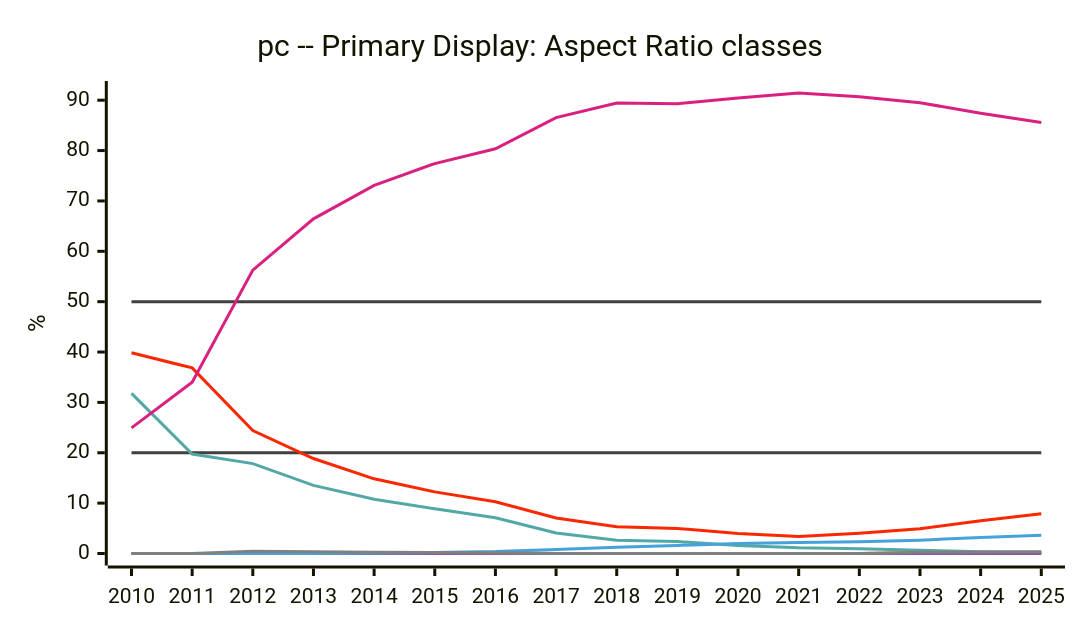
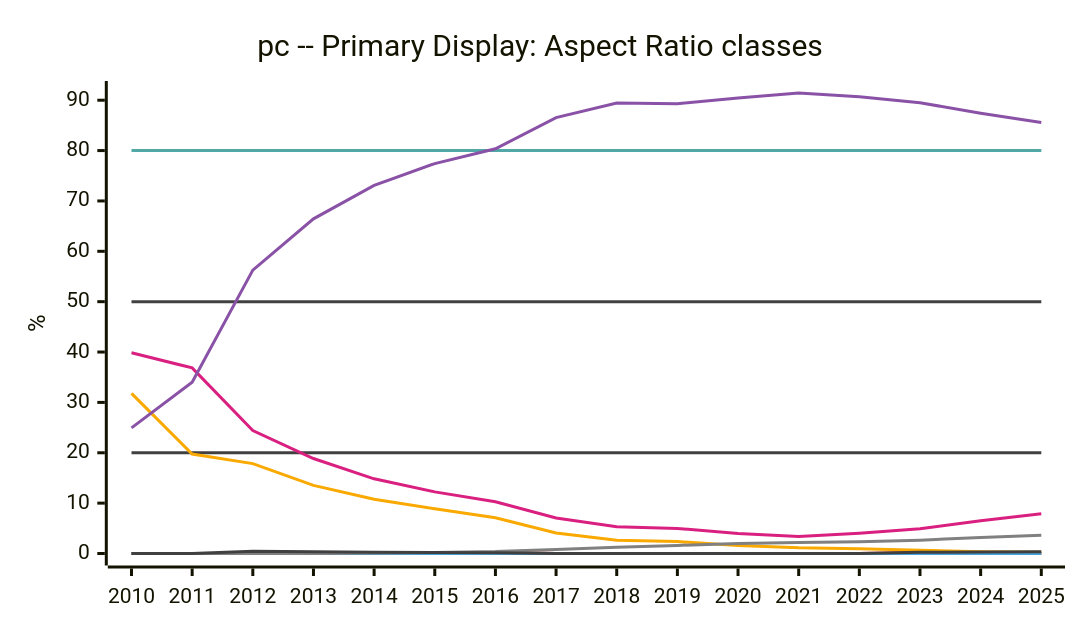
One commit to jdegene/steamHWsurvey changed diagram 20 of 29 in README.md. Above: the diagram before and after it, drawn with Mermaid. The commit also changed other lines of this file and 1 other file, not shown here.

Commit message:
switched VR headset chart to monthly

````diff
--- a/README.md
+++ b/README.md
@@ -645,27 +645,28 @@
 ```mermaid
 ---
 config:
     xyChart:
         width: 700
         height: 400
         
     themeVariables:
         xyChart:
             plotColorPalette: "#404040,#404040,#51a8a6,#f9a900,#f92800,#d92080,#8a52a6,#46a2da,#808080"
 
 --- 
 
     xychart-beta
         title "pc -- Primary Display: Aspect Ratio classes"
         x-axis [2010, 2011, 2012, 2013, 2014, 2015, 2016, 2017, 2018, 2019, 2020, 2021, 2022, 2023, 2024, 2025]
     y-axis "%" 
  line [20, 20, 20, 20, 20, 20, 20, 20, 20, 20, 20, 20, 20, 20, 20, 20]
  line [50, 50, 50, 50, 50, 50, 50, 50, 50, 50, 50, 50, 50, 50, 50, 50]
+ line [80, 80, 80, 80, 80, 80, 80, 80, 80, 80, 80, 80, 80, 80, 80, 80]
     line [31.798333333333336, 19.744, 17.843, 13.519090909090911, 10.771666666666667, 8.876666666666665, 7.089166666666667, 4.084545454545455, 2.6236363636363635, 2.371818181818182, 1.6, 1.1175000000000002, 0.919090909090909, 0.6272727272727273, 0.33666666666666667, 0.25083333333333335]
     line [0, 0, 0.0, 0, 0.051666666666666666, 0.11249999999999999, 0.18000000000000002, 0, 0, 0, 0, 0, 0, 0.21, 0, 0]
     line [39.848333333333336, 36.862, 24.397000000000002, 18.862727272727273, 14.826666666666666, 12.234166666666667, 10.258333333333335, 7.050909090909091, 5.322727272727272, 4.967272727272727, 3.9755555555555557, 3.3575, 4.012727272727273, 4.897272727272727, 6.524166666666666, 7.898333333333333]
     line [24.933333333333334, 34.026, 56.262, 66.44727272727273, 73.08583333333334, 77.42083333333333, 80.36083333333333, 86.53545454545454, 89.43818181818183, 89.29181818181819, 90.43777777777778, 91.4325, 90.68454545454546, 89.4981818181818, 87.42, 85.56333333333333]
     line [0, 0, 0.01, 0.009090909090909092, 0.01, 0.01, 0.01, 0, 0, 0, 0, 0, 0, 0, 0, 0]
     line [0, 0, 0, 0.020999999999999998, 0.08583333333333333, 0.21583333333333332, 0.3741666666666667, 0.8181818181818181, 1.2245454545454544, 1.6063636363636364, 2.01, 2.205, 2.3290909090909087, 2.6509090909090913, 3.1774999999999998, 3.605833333333333]
     line [0, 0, 0.45222222222222225, 0.3336363636363636, 0.2683333333333333, 0.21416666666666667, 0.15, 0, 0, 0, 0, 0, 0, 0.25, 0.29750000000000004, 0.36666666666666664]
 ``` 
````
